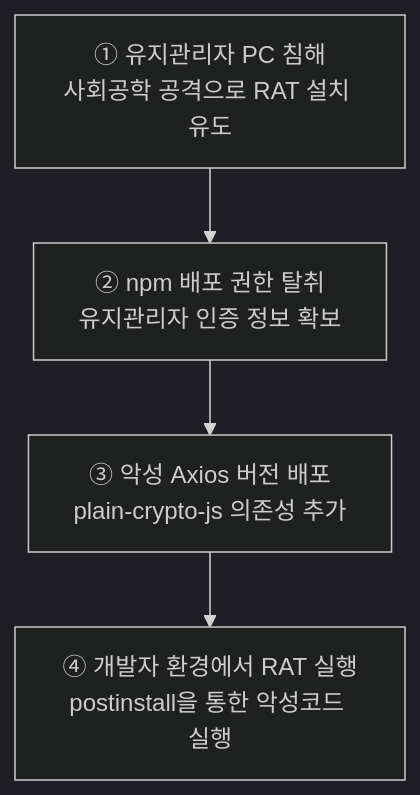
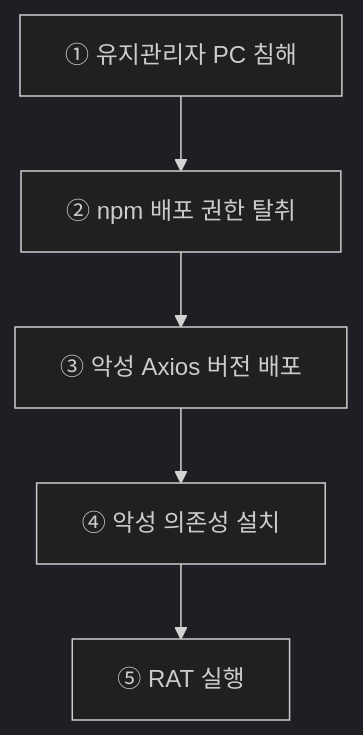
Before and after one commit to jjihhwaan/jjihhwaan.github.io: the diagram in _posts/2026-11-24-axios-supply-chain-attack.md, drawn with Mermaid (dark theme).

````diff
--- a/_posts/2026-11-24-axios-supply-chain-attack.md
+++ b/_posts/2026-11-24-axios-supply-chain-attack.md
@@ -162,11 +162,10 @@
 ```mermaid
 flowchart TD
-    A["① 유지관리자 PC 침해<br/>사회공학 공격으로 RAT 설치 유도"]
-    B["② npm 배포 권한 탈취<br/>유지관리자 인증 정보 확보"]
-    C["③ 악성 Axios 버전 배포<br/>plain-crypto-js 의존성 추가"]
-    D["④ 개발자 환경에서 RAT 실행<br/>postinstall을 통한 악성코드 실행"]
+    A["① 유지관리자 PC 침해"]
+    B["② npm 배포 권한 탈취"]
+    C["③ 악성 Axios 버전 배포"]
+    D["④ 악성 의존성 설치"]
+    E["⑤ RAT 실행"]
 
-    A --> B
-    B --> C
-    C --> D
+    A --> B --> C --> D --> E
 ```
````
